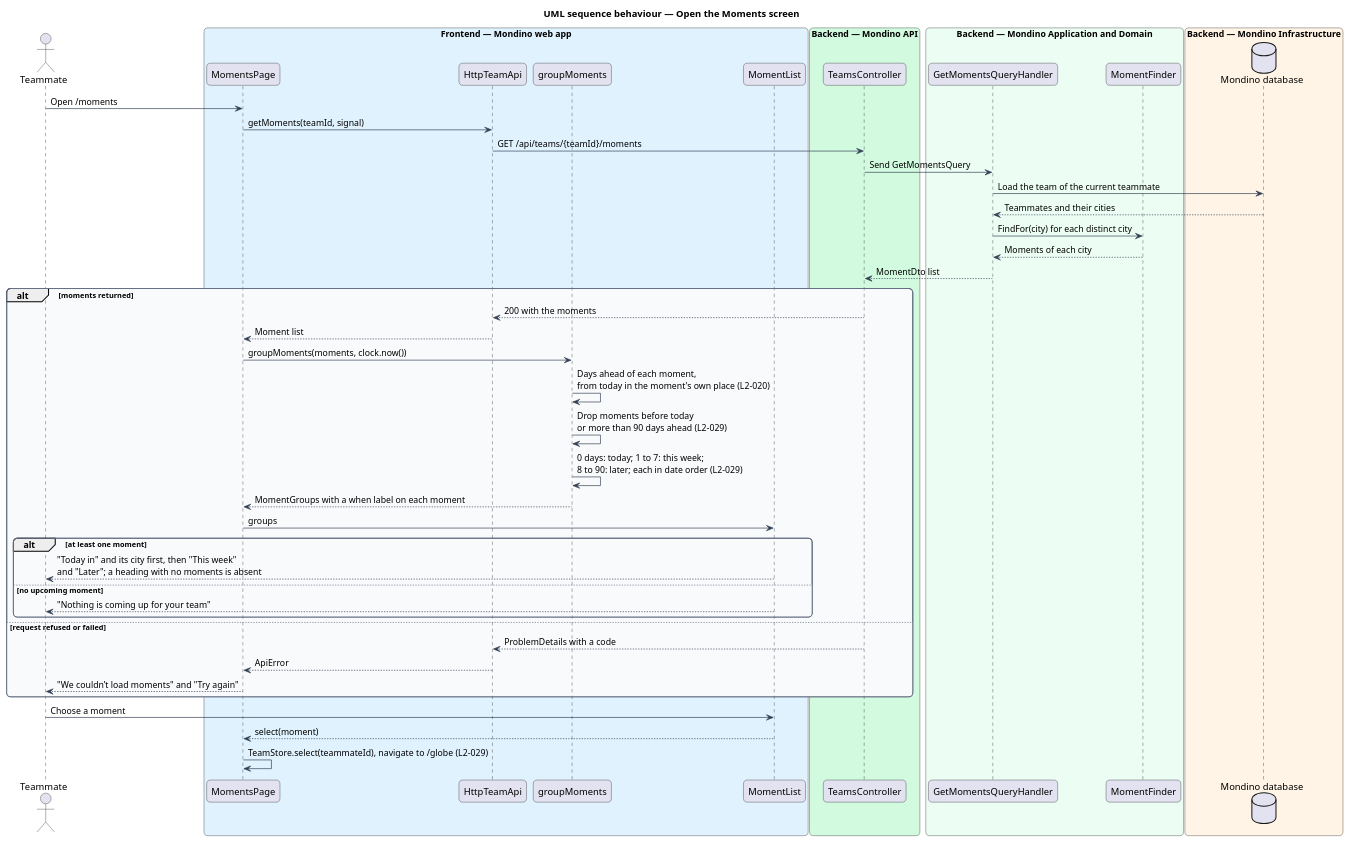
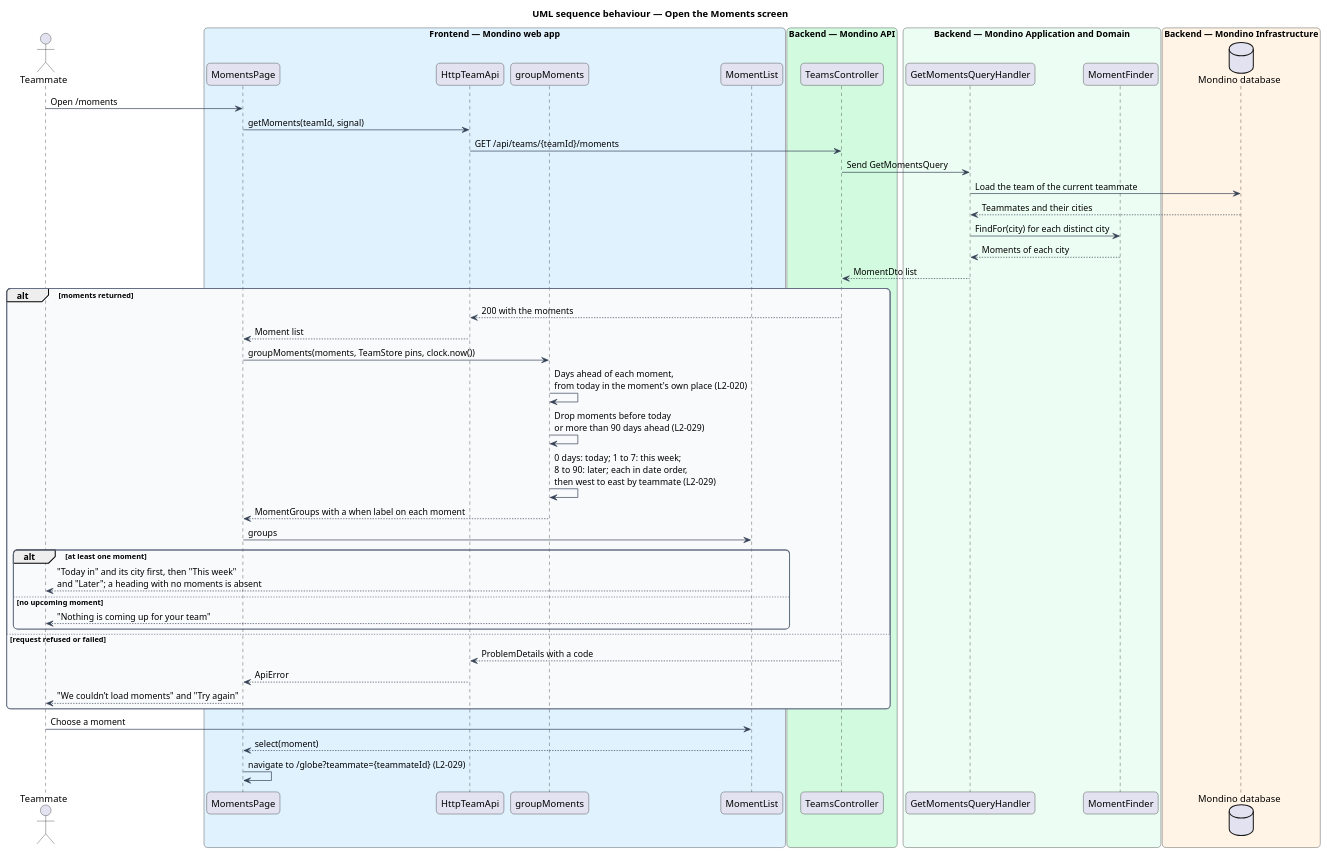
Before and after one commit to QuinntyneBrown/Mondino: the diagram in docs/detailed-designs/moments/list-moments/diagrams/sequence-open-moments.puml, drawn with PlantUML. The commit also changed 11 other files, not shown here.

```diff
--- a/docs/detailed-designs/moments/list-moments/diagrams/sequence-open-moments.puml
+++ b/docs/detailed-designs/moments/list-moments/diagrams/sequence-open-moments.puml
@@ -1,66 +1,66 @@
 @startuml
 title UML sequence behaviour — Open the Moments screen
 skinparam backgroundColor #FFFFFF
 skinparam shadowing false
 skinparam roundcorner 12
 skinparam defaultFontName Arial
 skinparam ArrowColor #344054
 skinparam rectangle {
   BorderColor #344054
   FontColor #101828
 }
 skinparam package {
   BorderColor #667085
   FontColor #101828
   BackgroundColor #F9FAFB
 }
 actor "Teammate" as actor
 box "Frontend — Mondino web app" #E0F2FE
   participant "MomentsPage" as page
   participant "HttpTeamApi" as client
   participant "groupMoments" as group
   participant "MomentList" as list
 end box
 box "Backend — Mondino API" #D1FADF
   participant "TeamsController" as controller
 end box
 box "Backend — Mondino Application and Domain" #ECFDF3
   participant "GetMomentsQueryHandler" as handler
   participant "MomentFinder" as finder
 end box
 box "Backend — Mondino Infrastructure" #FFF4E5
   database "Mondino database" as db
 end box
 
 actor -> page : Open /moments
 page -> client : getMoments(teamId, signal)
 client -> controller : GET /api/teams/{teamId}/moments
 controller -> handler : Send GetMomentsQuery
 handler -> db : Load the team of the current teammate
 db --> handler : Teammates and their cities
 handler -> finder : FindFor(city) for each distinct city
 finder --> handler : Moments of each city
 handler --> controller : MomentDto list
 alt moments returned
   controller --> client : 200 with the moments
   client --> page : Moment list
-  page -> group : groupMoments(moments, clock.now())
+  page -> group : groupMoments(moments, TeamStore pins, clock.now())
   group -> group : Days ahead of each moment,\nfrom today in the moment's own place (L2-020)
   group -> group : Drop moments before today\nor more than 90 days ahead (L2-029)
-  group -> group : 0 days: today; 1 to 7: this week;\n8 to 90: later; each in date order (L2-029)
+  group -> group : 0 days: today; 1 to 7: this week;\n8 to 90: later; each in date order,\nthen west to east by teammate (L2-029)
   group --> page : MomentGroups with a when label on each moment
   page -> list : groups
   alt at least one moment
     list --> actor : "Today in" and its city first, then "This week"\nand "Later"; a heading with no moments is absent
   else no upcoming moment
     list --> actor : "Nothing is coming up for your team"
   end
 else request refused or failed
   controller --> client : ProblemDetails with a code
   client --> page : ApiError
   page --> actor : "We couldn’t load moments" and "Try again"
 end
 actor -> list : Choose a moment
 list --> page : select(moment)
-page -> page : TeamStore.select(teammateId), navigate to /globe (L2-029)
+page -> page : navigate to /globe?teammate={teammateId} (L2-029)
 @enduml
```
